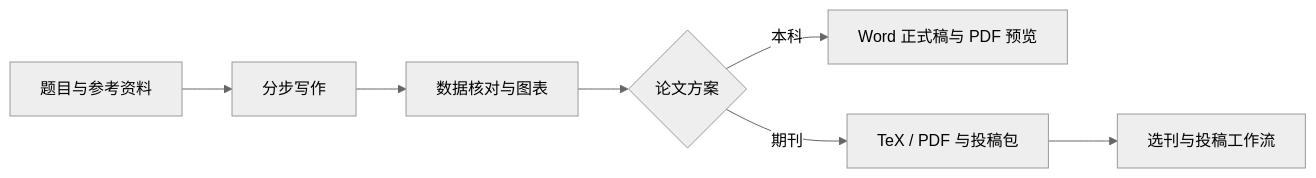
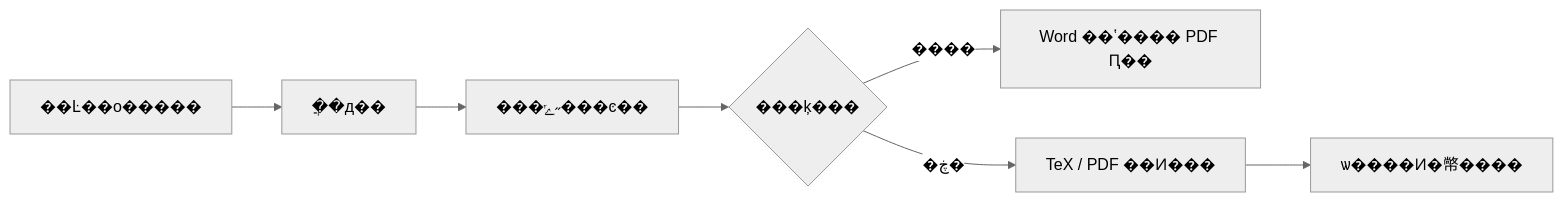
Before and after one commit to TYSJY/unified-paper-workbench: the diagram in README.md, drawn with Mermaid (neutral theme). The commit also changed other lines of this file and 17 other files, not shown here.

````diff
--- a/README.md
+++ b/README.md
@@ -68,9 +145,9 @@
 ```mermaid
 flowchart LR
-    A[题目与参考资料] --> B[分步写作]
-    B --> C[数据核对与图表]
-    C --> D{论文方案}
-    D -->|本科| E[Word 正式稿与 PDF 预览]
-    D -->|期刊| F[TeX / PDF 与投稿包]
-    F --> G[选刊与投稿工作流]
+    A[��Ŀ��ο�����] --> B[�ֲ�д��]
+    B --> C[���ݺ˶���ͼ��]
+    C --> D{���ķ���}
+    D -->|����| E[Word ��ʽ���� PDF Ԥ��]
+    D -->|�ڿ�| F[TeX / PDF ��Ͷ���]
+    F --> G[ѡ����Ͷ�幤����]
 ```
````
